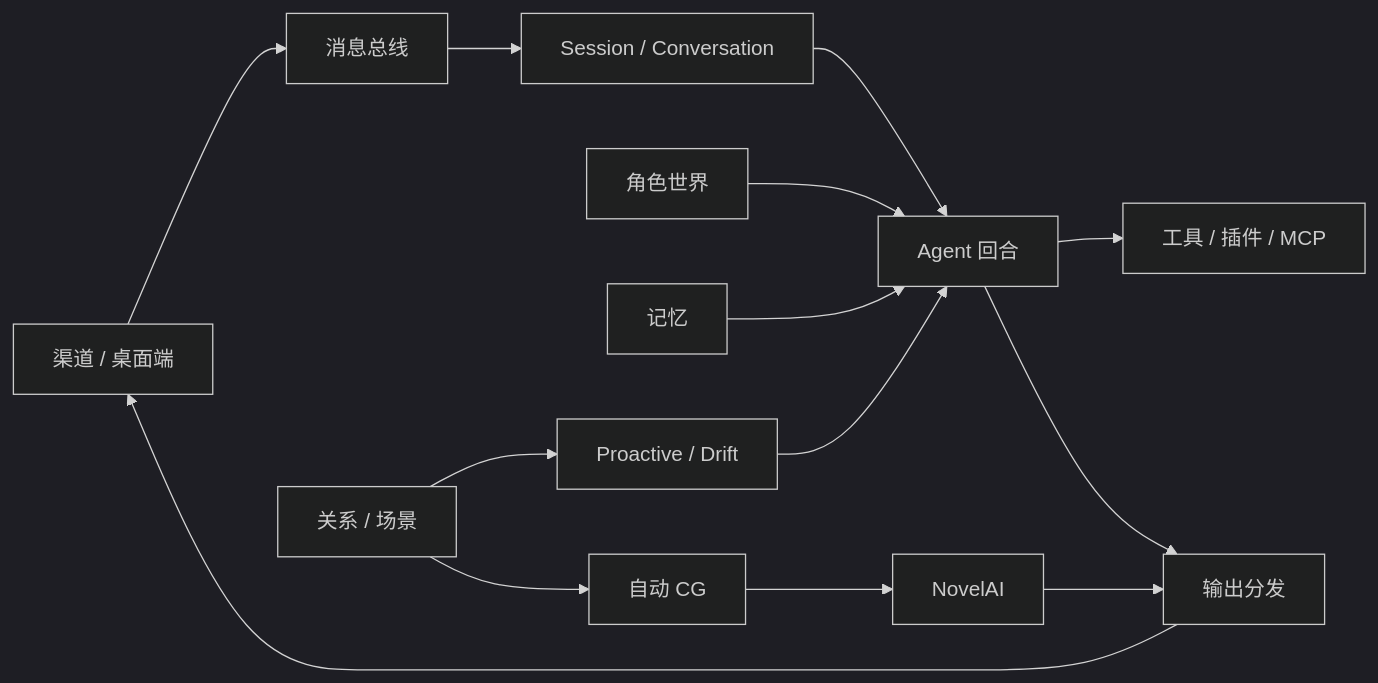
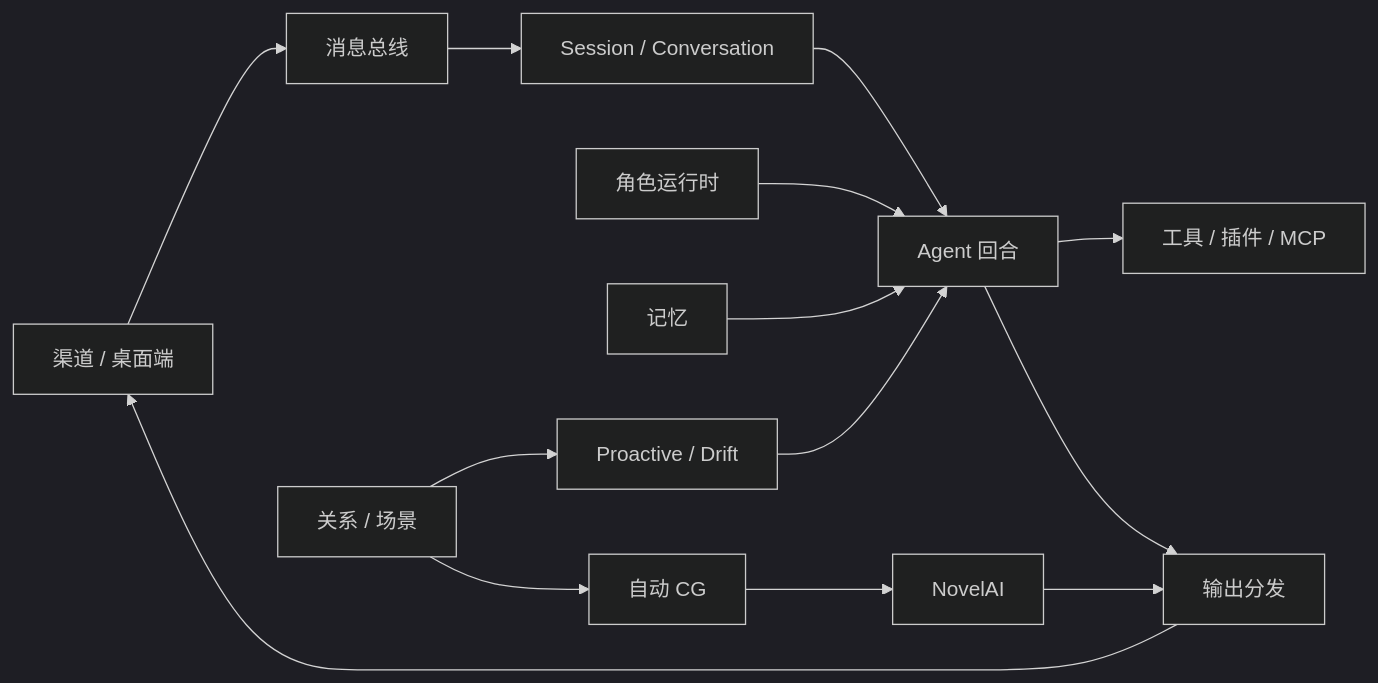
Before and after one commit to YinFengWindy/Shiori-Agent: the diagram in docs/knowledge/map.md, drawn with Mermaid (dark theme). The commit also changed other lines of this file and 45 other files, not shown here.

````diff
--- a/docs/knowledge/map.md
+++ b/docs/knowledge/map.md
@@ -42,16 +42,16 @@
 ```mermaid
 flowchart LR
     Channel["渠道 / 桌面端"] --> Bus["消息总线"]
     Bus --> Session["Session / Conversation"]
     Session --> Agent["Agent 回合"]
-    Role["角色世界"] --> Agent
+    Role["角色运行时"] --> Agent
     Memory["记忆"] --> Agent
     Agent --> Tools["工具 / 插件 / MCP"]
     Agent --> Output["输出分发"]
     Proactive["Proactive / Drift"] --> Agent
     Relationship["关系 / 场景"] --> Proactive
     Relationship --> AutoCG["自动 CG"]
     AutoCG --> NovelAI["NovelAI"]
     NovelAI --> Output
     Output --> Channel
 ```
````
